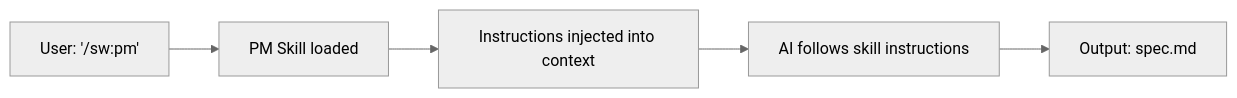
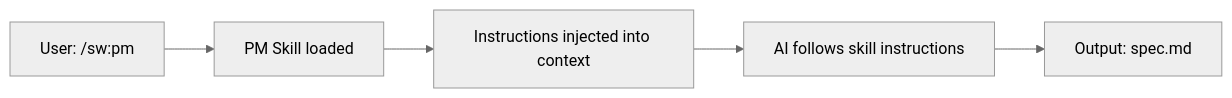
Before and after one commit to anton-abyzov/specweave: the first of 2 diagrams in docs-site/docs/glossary/terms/skills-vs-agents.md, drawn with Mermaid (neutral theme). The commit also changed other lines of this file and 23 other files, not shown here.

Commit message:
fix: repair 24 broken Mermaid diagrams — quote special chars, fix state/sequence syntax

````diff
--- a/docs-site/docs/glossary/terms/skills-vs-agents.md
+++ b/docs-site/docs/glossary/terms/skills-vs-agents.md
@@ -33,7 +33,7 @@
 ```mermaid
 graph LR
-    A[User: '/sw:pm'] --> B[PM Skill loaded]
+    A["User: /sw:pm"] --> B[PM Skill loaded]
     B --> C[Instructions injected into context]
     C --> D[AI follows skill instructions]
-    D --> E[Output: spec.md]
+    D --> E["Output: spec.md"]
 ```
````
